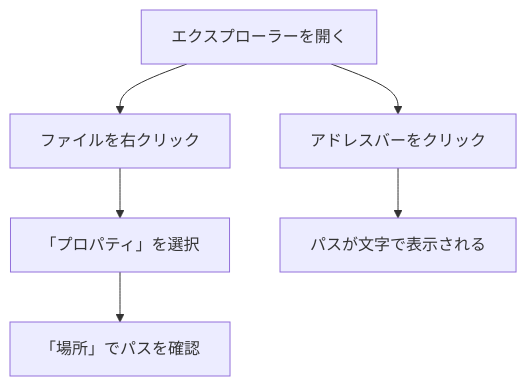
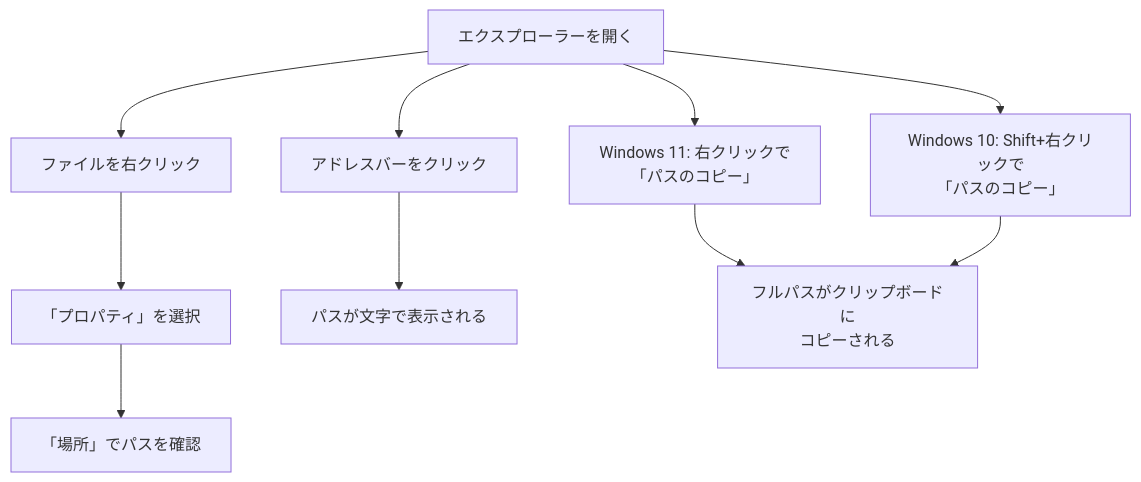
Before and after one commit to Monzi-takuya/web-fundamentals-for-non-engineers: the second of 3 diagrams in docs/01_コンピューター基礎知識/02_必須_ファイルとフォルダの世界.md, drawn with Mermaid. The commit also changed other lines of this file and 11 other files, not shown here.

````diff
--- a/docs/01_コンピューター基礎知識/02_必須_ファイルとフォルダの世界.md
+++ b/docs/01_コンピューター基礎知識/02_必須_ファイルとフォルダの世界.md
@@ -173,9 +237,15 @@
 ```mermaid
 flowchart TD
     A["エクスプローラーを開く"] --> B["ファイルを右クリック"]
     B --> C["「プロパティ」を選択"]
     C --> D["「場所」でパスを確認"]
     
     A --> E["アドレスバーをクリック"]
     E --> F["パスが文字で表示される"]
+    
+    A --> G["Windows 11: 右クリックで<br/>「パスのコピー」"]
+    G --> H["フルパスがクリップボードに<br/>コピーされる"]
+    
+    A --> I["Windows 10: Shift+右クリックで<br/>「パスのコピー」"]
+    I --> H
 ```
````
